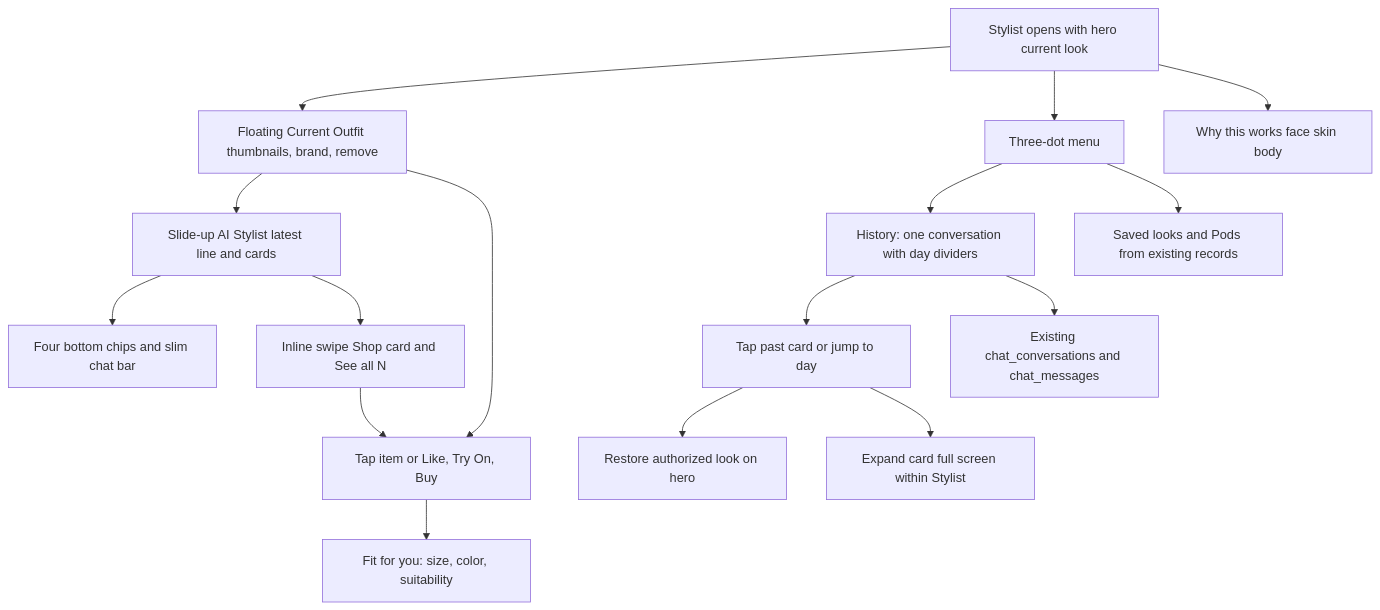
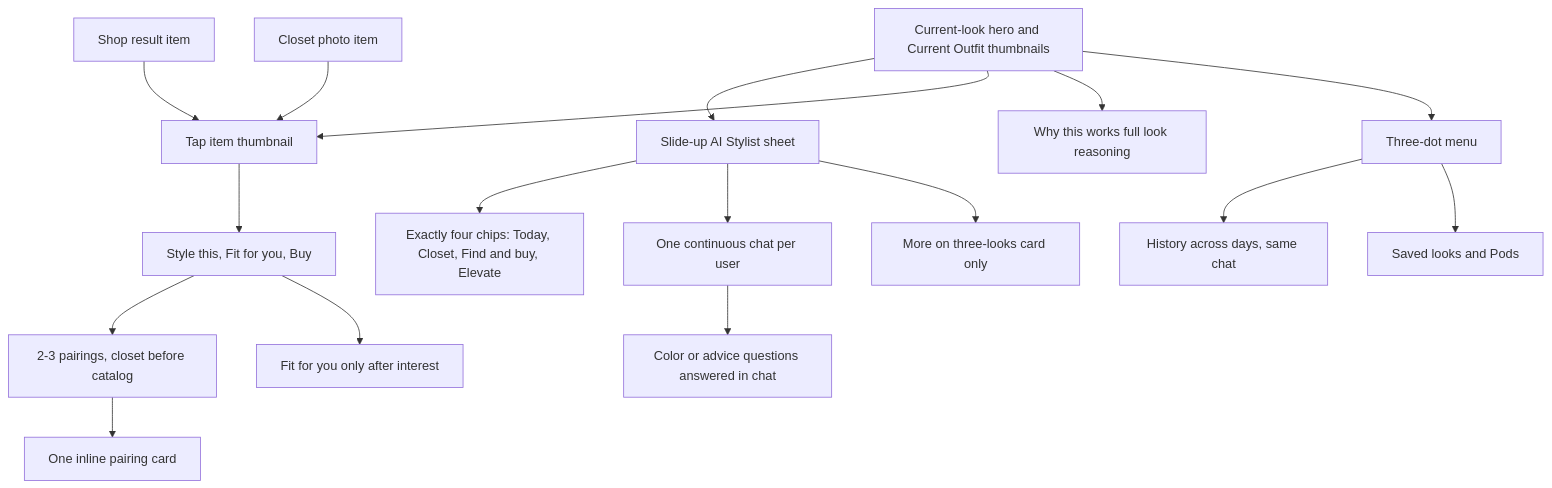
One commit to killbill2792/studio changed the second of 10 diagrams in studio/ideas/stylit-agent/dev.md. Above: the diagram before and after it, drawn with Mermaid. The commit also changed other lines of this file and 5 other files, not shown here.

````diff
--- a/studio/ideas/stylit-agent/dev.md
+++ b/studio/ideas/stylit-agent/dev.md
@@ -40,18 +40,19 @@
 ```mermaid
 flowchart TD
-  default[Stylist opens with hero current look] --> outfit[Floating Current Outfit thumbnails, brand, remove]
-  outfit --> sheet[Slide-up AI Stylist latest line and cards]
-  sheet --> input[Four bottom chips and slim chat bar]
-  default --> menu[Three-dot menu]
-  menu --> history[History: one conversation with day dividers]
-  menu --> saved[Saved looks and Pods from existing records]
-  history --> select[Tap past card or jump to day]
-  select --> restore[Restore authorized look on hero]
-  select --> full[Expand card full screen within Stylist]
-  sheet --> shop[Inline swipe Shop card and See all N]
-  outfit --> interest[Tap item or Like, Try On, Buy]
-  shop --> interest
-  interest --> fit[Fit for you: size, color, suitability]
-  default --> why[Why this works face skin body]
-  history --> db[Existing chat_conversations and chat_messages]
+  hero[Current-look hero and Current Outfit thumbnails] --> sheet[Slide-up AI Stylist sheet]
+  sheet --> chips[Exactly four chips: Today, Closet, Find and buy, Elevate]
+  sheet --> chat[One continuous chat per user]
+  hero --> item[Tap item thumbnail]
+  shop[Shop result item] --> item
+  closet[Closet photo item] --> item
+  item --> menu[Style this, Fit for you, Buy]
+  menu --> pair[2-3 pairings, closet before catalog]
+  pair --> card[One inline pairing card]
+  menu --> fit[Fit for you only after interest]
+  chat --> color[Color or advice questions answered in chat]
+  hero --> why[Why this works full look reasoning]
+  sheet --> more[More on three-looks card only]
+  hero --> dots[Three-dot menu]
+  dots --> history[History across days, same chat]
+  dots --> saved[Saved looks and Pods]
 ```
````
